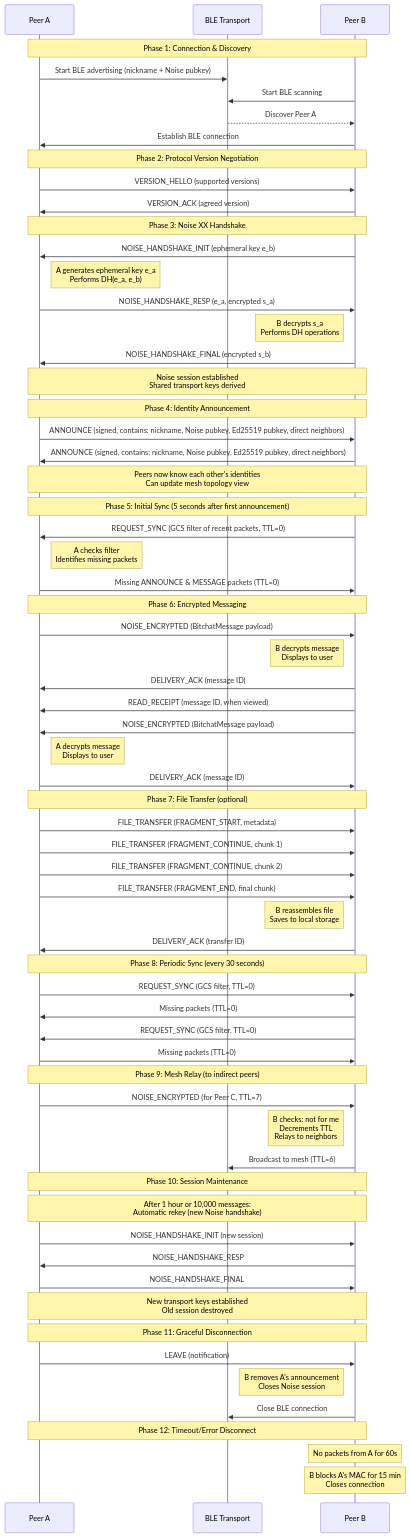
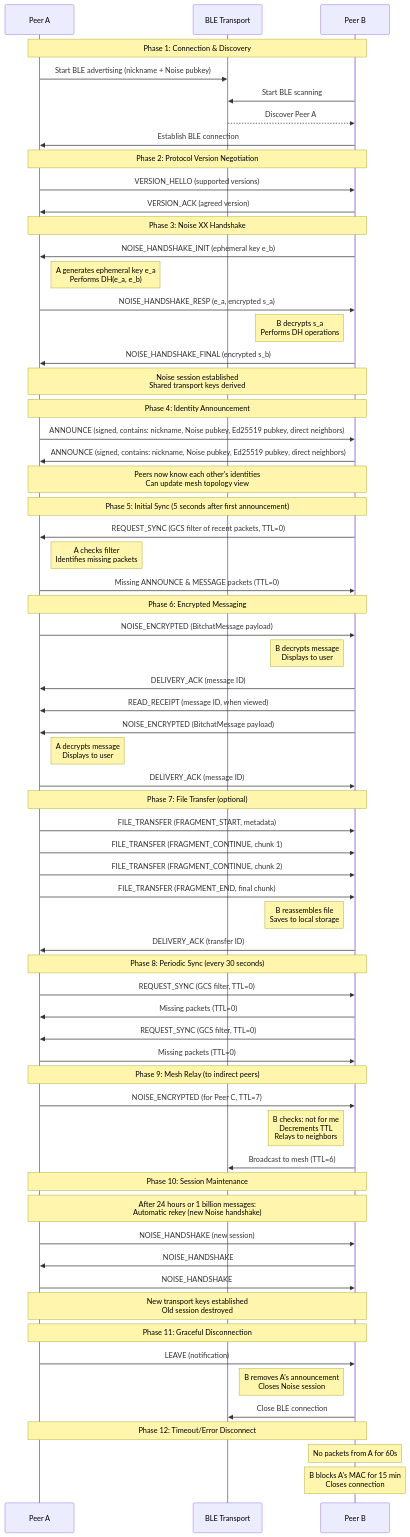
One commit to hxrts/bitchat-rs changed the second of 2 diagrams in docs/protocol-architecture.md. Above: the diagram before and after it, drawn with Mermaid. The commit also changed other lines of this file and 182 other files, not shown here.

````diff
--- a/docs/protocol-architecture.md
+++ b/docs/protocol-architecture.md
@@ -52,79 +52,79 @@
 ```mermaid
 sequenceDiagram
     participant A as Peer A
     participant BLE as BLE Transport
     participant B as Peer B
     
     Note over A,B: Phase 1: Connection & Discovery
     A->>BLE: Start BLE advertising (nickname + Noise pubkey)
     B->>BLE: Start BLE scanning
     BLE-->>B: Discover Peer A
     B->>A: Establish BLE connection
     
     Note over A,B: Phase 2: Protocol Version Negotiation
     A->>B: VERSION_HELLO (supported versions)
     B->>A: VERSION_ACK (agreed version)
     
     Note over A,B: Phase 3: Noise XX Handshake
     B->>A: NOISE_HANDSHAKE_INIT (ephemeral key e_b)
     Note right of A: A generates ephemeral key e_a<br/>Performs DH(e_a, e_b)
     A->>B: NOISE_HANDSHAKE_RESP (e_a, encrypted s_a)
     Note left of B: B decrypts s_a<br/>Performs DH operations
     B->>A: NOISE_HANDSHAKE_FINAL (encrypted s_b)
     Note over A,B: Noise session established<br/>Shared transport keys derived
     
     Note over A,B: Phase 4: Identity Announcement
     A->>B: ANNOUNCE (signed, contains: nickname, Noise pubkey, Ed25519 pubkey, direct neighbors)
     B->>A: ANNOUNCE (signed, contains: nickname, Noise pubkey, Ed25519 pubkey, direct neighbors)
     Note over A,B: Peers now know each other's identities<br/>Can update mesh topology view
     
     Note over A,B: Phase 5: Initial Sync (5 seconds after first announcement)
     B->>A: REQUEST_SYNC (GCS filter of recent packets, TTL=0)
     Note right of A: A checks filter<br/>Identifies missing packets
     A->>B: Missing ANNOUNCE & MESSAGE packets (TTL=0)
     
     Note over A,B: Phase 6: Encrypted Messaging
     A->>B: NOISE_ENCRYPTED (BitchatMessage payload)
     Note left of B: B decrypts message<br/>Displays to user
     B->>A: DELIVERY_ACK (message ID)
     B->>A: READ_RECEIPT (message ID, when viewed)
     
     B->>A: NOISE_ENCRYPTED (BitchatMessage payload)
     Note right of A: A decrypts message<br/>Displays to user
     A->>B: DELIVERY_ACK (message ID)
     
     Note over A,B: Phase 7: File Transfer (optional)
     A->>B: FILE_TRANSFER (FRAGMENT_START, metadata)
     A->>B: FILE_TRANSFER (FRAGMENT_CONTINUE, chunk 1)
     A->>B: FILE_TRANSFER (FRAGMENT_CONTINUE, chunk 2)
     A->>B: FILE_TRANSFER (FRAGMENT_END, final chunk)
     Note left of B: B reassembles file<br/>Saves to local storage
     B->>A: DELIVERY_ACK (transfer ID)
     
     Note over A,B: Phase 8: Periodic Sync (every 30 seconds)
     A->>B: REQUEST_SYNC (GCS filter, TTL=0)
     B->>A: Missing packets (TTL=0)
     B->>A: REQUEST_SYNC (GCS filter, TTL=0)
     A->>B: Missing packets (TTL=0)
     
     Note over A,B: Phase 9: Mesh Relay (to indirect peers)
     A->>B: NOISE_ENCRYPTED (for Peer C, TTL=7)
     Note left of B: B checks: not for me<br/>Decrements TTL<br/>Relays to neighbors
     B->>BLE: Broadcast to mesh (TTL=6)
     
     Note over A,B: Phase 10: Session Maintenance
-    Note over A,B: After 1 hour or 10,000 messages:<br/>Automatic rekey (new Noise handshake)
-    A->>B: NOISE_HANDSHAKE_INIT (new session)
-    B->>A: NOISE_HANDSHAKE_RESP
-    A->>B: NOISE_HANDSHAKE_FINAL
+    Note over A,B: After 24 hours or 1 billion messages:<br/>Automatic rekey (new Noise handshake)
+    A->>B: NOISE_HANDSHAKE (new session)
+    B->>A: NOISE_HANDSHAKE
+    A->>B: NOISE_HANDSHAKE
     Note over A,B: New transport keys established<br/>Old session destroyed
     
     Note over A,B: Phase 11: Graceful Disconnection
     A->>B: LEAVE (notification)
     Note left of B: B removes A's announcement<br/>Closes Noise session
     B->>BLE: Close BLE connection
     
     Note over A,B: Phase 12: Timeout/Error Disconnect
     Note over B: No packets from A for 60s
     Note over B: B blocks A's MAC for 15 min<br/>Closes connection
 ```
````
